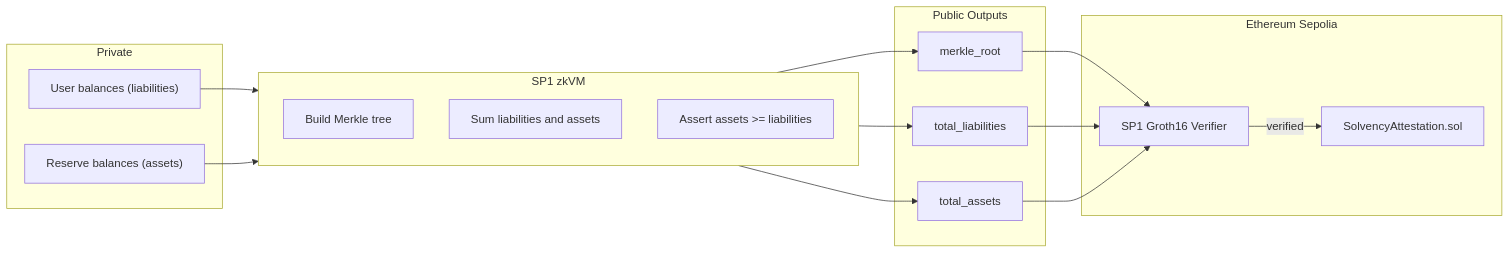
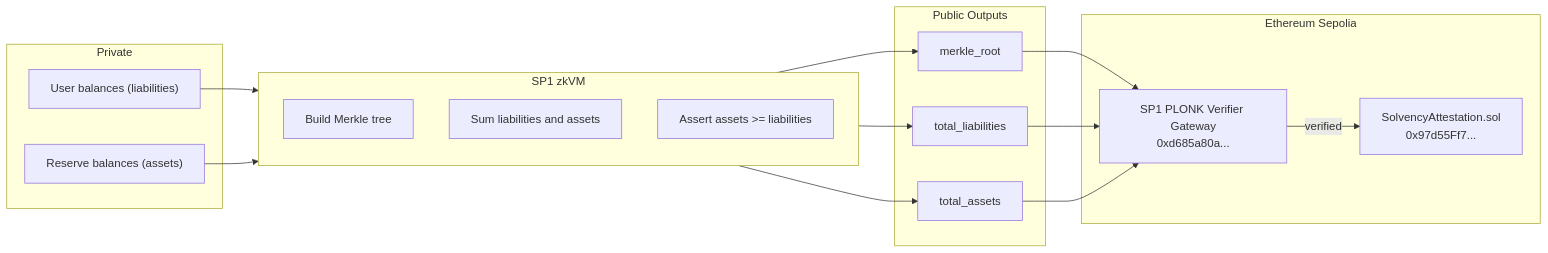
The first of 4 diagrams in docs/presentation.md (yx-xyc/zk-solvency), drawn with Mermaid before and after one commit. The commit also changed other lines of this file and 5 other files, not shown here.

Commit message:
Update all docs (Groth16→PLONK, live deployment values) and fix vkey API (pk.verifying_key().bytes32())

````diff
--- a/docs/presentation.md
+++ b/docs/presentation.md
@@ -27,30 +27,30 @@
 ```mermaid
 flowchart LR
     subgraph Private[Private]
         U["User balances (liabilities)"]
         R["Reserve balances (assets)"]
     end
 
     subgraph ZK[SP1 zkVM]
         M["Build Merkle tree"]
         S["Sum liabilities and assets"]
         A["Assert assets >= liabilities"]
     end
 
     subgraph Public[Public Outputs]
         O1["merkle_root"]
         O2["total_liabilities"]
         O3["total_assets"]
     end
 
     subgraph Chain[Ethereum Sepolia]
-        V["SP1 Groth16 Verifier"]
-        C["SolvencyAttestation.sol"]
+        V["SP1 PLONK Verifier Gateway\n0xd685a80a..."]
+        C["SolvencyAttestation.sol\n0x97d55Ff7..."]
     end
 
     U --> ZK
     R --> ZK
     ZK --> O1 & O2 & O3
     O1 & O2 & O3 --> V
     V -->|verified| C
 ```
````
